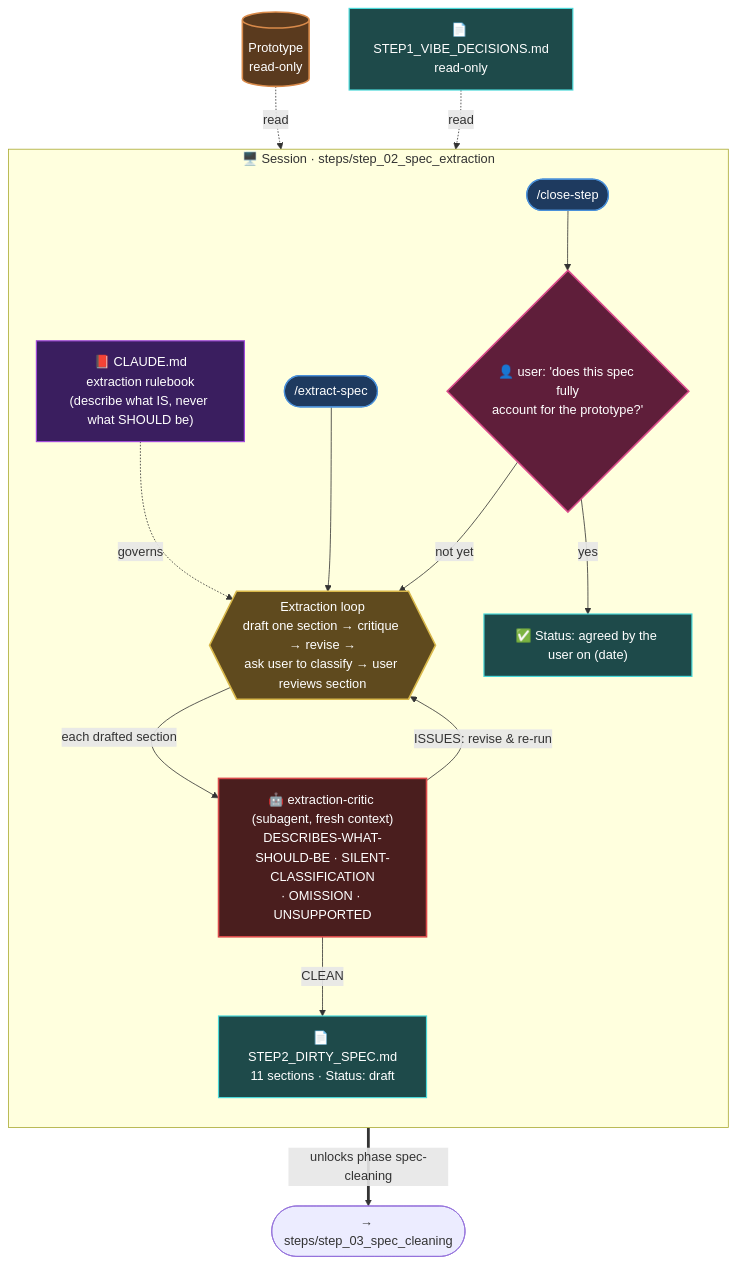
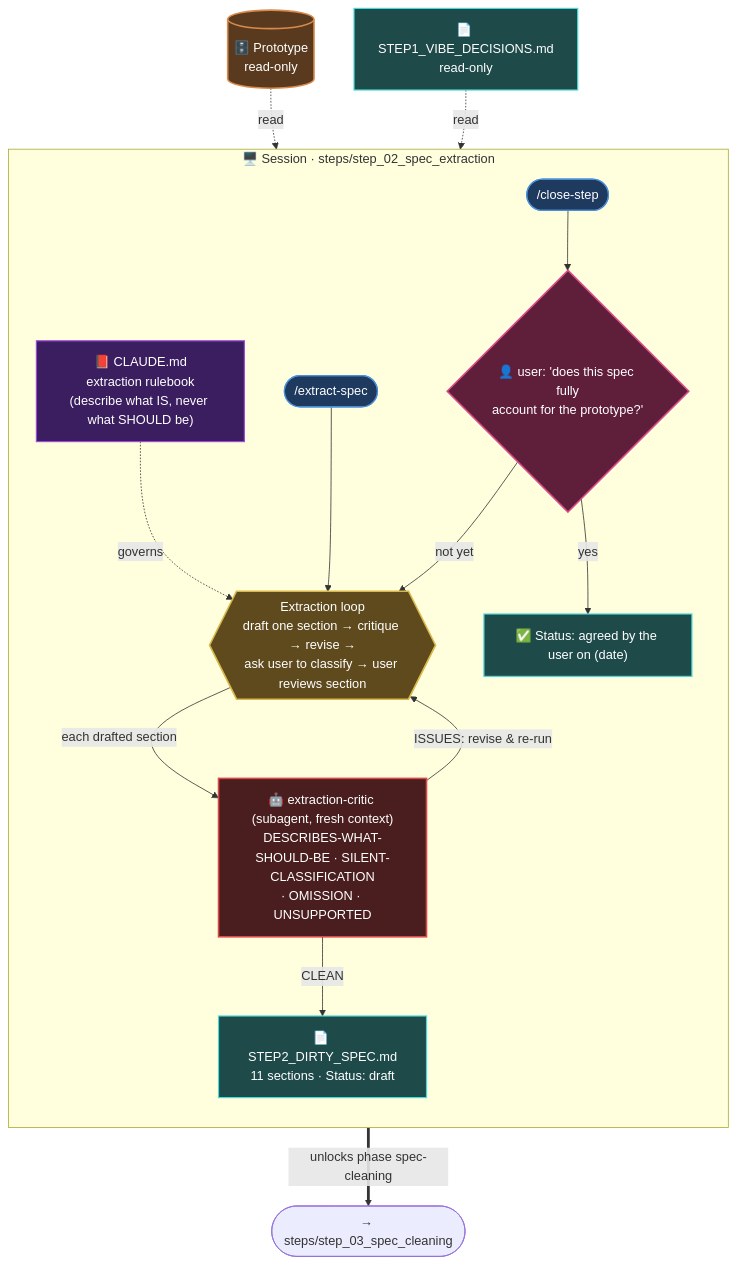
The third of 6 diagrams in docs/global_workflow.md (jeromeetienne/vibe_to_spec), drawn with Mermaid before and after one commit. The commit also changed other lines of this file and 6 other files, not shown here.

First line of the commit message:
Apply global_workflow.md legend's symbols to all repo diagrams

````diff
--- a/docs/global_workflow.md
+++ b/docs/global_workflow.md
@@ -122,44 +122,44 @@
 ```mermaid
 flowchart TD
-    In2a[("Prototype<br/>read-only")]
+    In2a[("🗄️ Prototype<br/>read-only")]
     In2b["📄 STEP1_VIBE_DECISIONS.md<br/>read-only"]
 
     subgraph S2["🖥️ Session · steps/step_02_spec_extraction"]
         direction TB
         R2["📕 CLAUDE.md<br/>extraction rulebook<br/>(describe what IS, never what SHOULD be)"]
         Cmd2a(["/extract-spec"])
         Cmd2b(["/close-step"])
 
         Loop2{{"Extraction loop<br/>draft one section → critique → revise →<br/>ask user to classify → user reviews section"}}
         Critic2["🤖 extraction-critic (subagent, fresh context)<br/>DESCRIBES-WHAT-SHOULD-BE · SILENT-CLASSIFICATION<br/>· OMISSION · UNSUPPORTED"]
 
         R2 -.governs.-> Loop2
         Cmd2a --> Loop2
         Loop2 -->|"each drafted section"| Critic2
         Critic2 -->|"ISSUES: revise & re-run"| Loop2
         Critic2 -->|"CLEAN"| Draft2["📄 STEP2_DIRTY_SPEC.md<br/>11 sections · Status: draft"]
 
         Cmd2b --> Gate2{"👤 user: 'does this spec fully<br/>account for the prototype?'"}
         Gate2 -->|"not yet"| Loop2
         Gate2 -->|"yes"| Closed2["✅ Status: agreed by the user on (date)"]
     end
 
     In2a -.->|read| Loop2
     In2b -.->|read| Loop2
     Closed2 ==>|"unlocks phase spec-cleaning"| Next2(["→ steps/step_03_spec_cleaning"])
 
     classDef rule fill:#3a1e5f,stroke:#a04ad9,stroke-width:1.5px,color:#fff;
     classDef cmd fill:#1e3a5f,stroke:#4a90d9,stroke-width:1.5px,color:#fff;
     classDef loop fill:#5f4a1e,stroke:#d9b84a,stroke-width:2px,color:#fff;
     classDef rec fill:#1e4a4a,stroke:#4ad9d9,stroke-width:1.5px,color:#fff;
     classDef gate fill:#5f1e3a,stroke:#d94a8a,stroke-width:2px,color:#fff;
     classDef code fill:#5a3a1e,stroke:#d98a4a,stroke-width:2px,color:#fff;
     classDef critic fill:#4a1e1e,stroke:#d94a4a,stroke-width:2px,color:#fff;
     class R2 rule;
     class Cmd2a,Cmd2b cmd;
     class Loop2 loop;
     class Draft2,Closed2,In2b rec;
     class Gate2 gate;
     class In2a code;
     class Critic2 critic;
 ```
````
